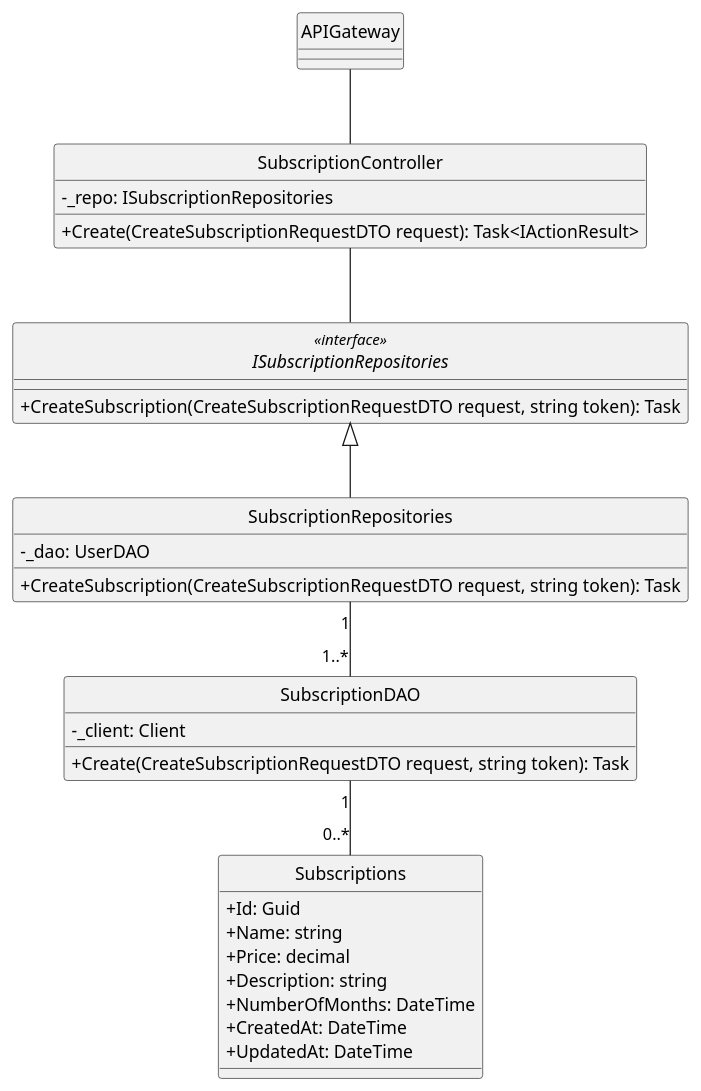
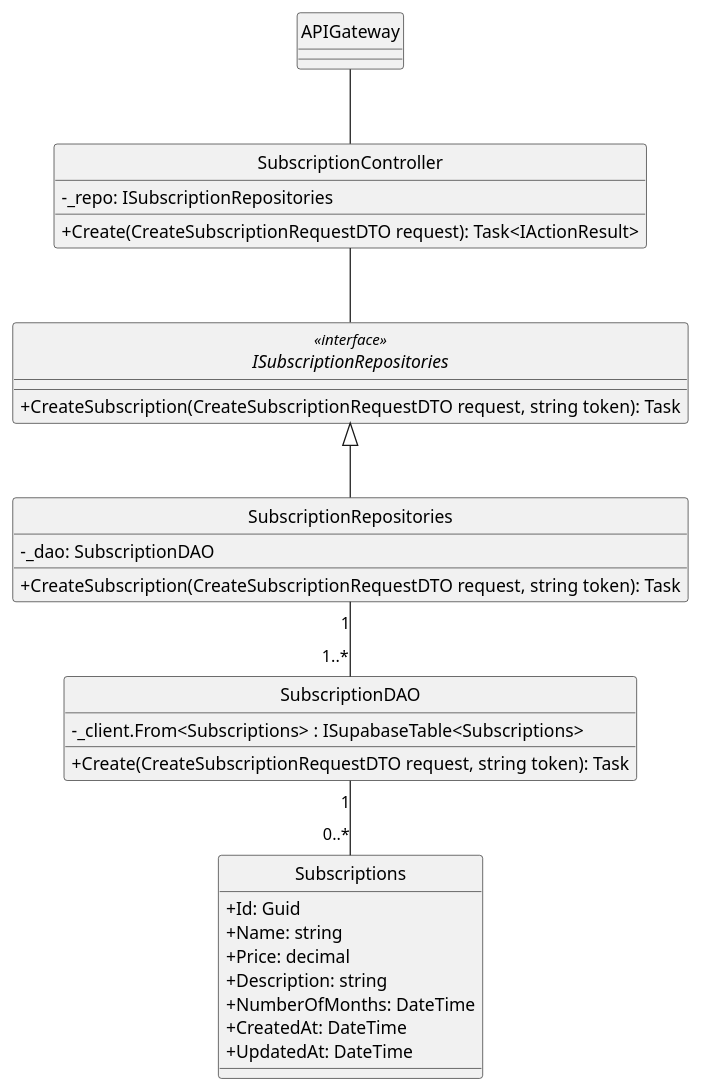
The diagram in docs/ClassDiagram/Subscription/CreateSubscription.plantuml (minhnhut23/FPT-OBOMS), drawn with PlantUML before and after one commit. The commit also changed 2 other files, not shown here.

Commit message:
CRU subscription diagram

```diff
--- a/docs/ClassDiagram/Subscription/CreateSubscription.plantuml
+++ b/docs/ClassDiagram/Subscription/CreateSubscription.plantuml
@@ -1,44 +1,44 @@
 @startuml createSubscription
 hide circle
 skinparam classAttributeIconSize 0
 skinparam linetype ortho
 
 class APIGateway {
 }
 
 class SubscriptionController{
     - _repo: ISubscriptionRepositories
     + Create(CreateSubscriptionRequestDTO request): Task<IActionResult>
 }
 
 interface ISubscriptionRepositories<<interface>> {
     + CreateSubscription(CreateSubscriptionRequestDTO request, string token): Task
 }
 
 class SubscriptionRepositories {
-    - _dao: UserDAO
+    - _dao: SubscriptionDAO
     + CreateSubscription(CreateSubscriptionRequestDTO request, string token): Task
 }
 
 class SubscriptionDAO {
-    - _client: Client
+    - _client.From<Subscriptions> : ISupabaseTable<Subscriptions>
     + Create(CreateSubscriptionRequestDTO request, string token): Task
 }
 
 class Subscriptions {
     + Id: Guid
     + Name: string
     + Price: decimal
     + Description: string
     + NumberOfMonths: DateTime
     + CreatedAt: DateTime
     + UpdatedAt: DateTime
 }
 
 APIGateway -- SubscriptionController
 SubscriptionController -- ISubscriptionRepositories
 ISubscriptionRepositories <|-- SubscriptionRepositories
 SubscriptionRepositories "1"--"1..*" SubscriptionDAO
 SubscriptionDAO "1"--"0..*" Subscriptions
 
 @enduml
```
